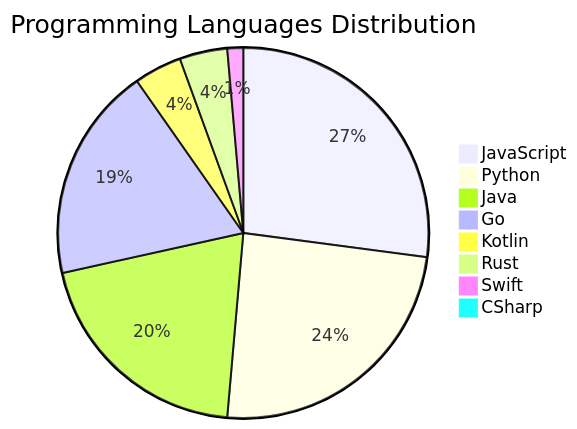
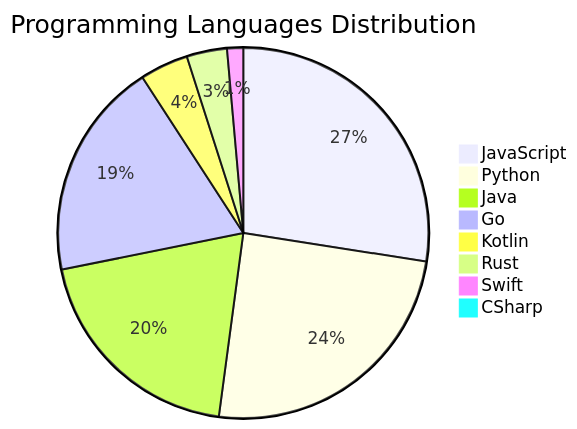
The diagram in README.md (Derrick-MUGISHA/github-activity-bot), drawn with Mermaid before and after one commit. The commit also changed other lines of this file and 4 other files, not shown here.

````diff
--- a/README.md
+++ b/README.md
@@ -208,11 +208,11 @@
 ```mermaid
 pie title Programming Languages Distribution
     "JavaScript" : 39
     "Python" : 35
-    "Java" : 29
+    "Java" : 28
     "Go" : 27
     "Kotlin" : 6
-    "Rust" : 6
+    "Rust" : 5
     "Swift" : 2
     "CSharp" : 1
 ```
````
